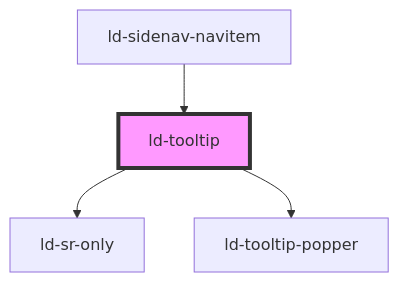
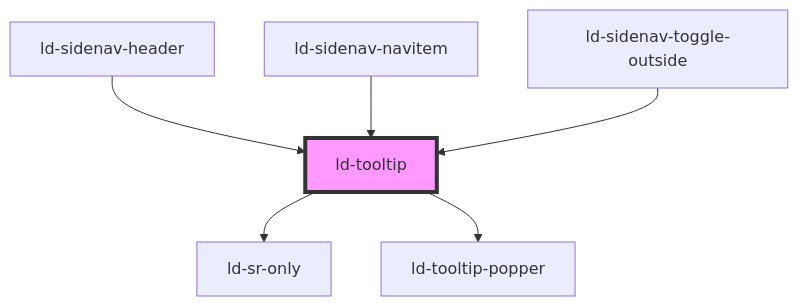
The diagram in src/liquid/components/ld-tooltip/readme.md (emdgroup-liquid/liquid), drawn with Mermaid before and after one commit. The commit also changed other lines of this file and 155 other files, not shown here.

Commit message:
feat(ld-sidenav): add header and toggle outside to sidenav

````diff
--- a/src/liquid/components/ld-tooltip/readme.md
+++ b/src/liquid/components/ld-tooltip/readme.md
@@ -297,7 +299,9 @@
 ```mermaid
 graph TD;
   ld-tooltip --> ld-sr-only
   ld-tooltip --> ld-tooltip-popper
+  ld-sidenav-header --> ld-tooltip
   ld-sidenav-navitem --> ld-tooltip
+  ld-sidenav-toggle-outside --> ld-tooltip
   style ld-tooltip fill:#f9f,stroke:#333,stroke-width:4px
 ```
````
